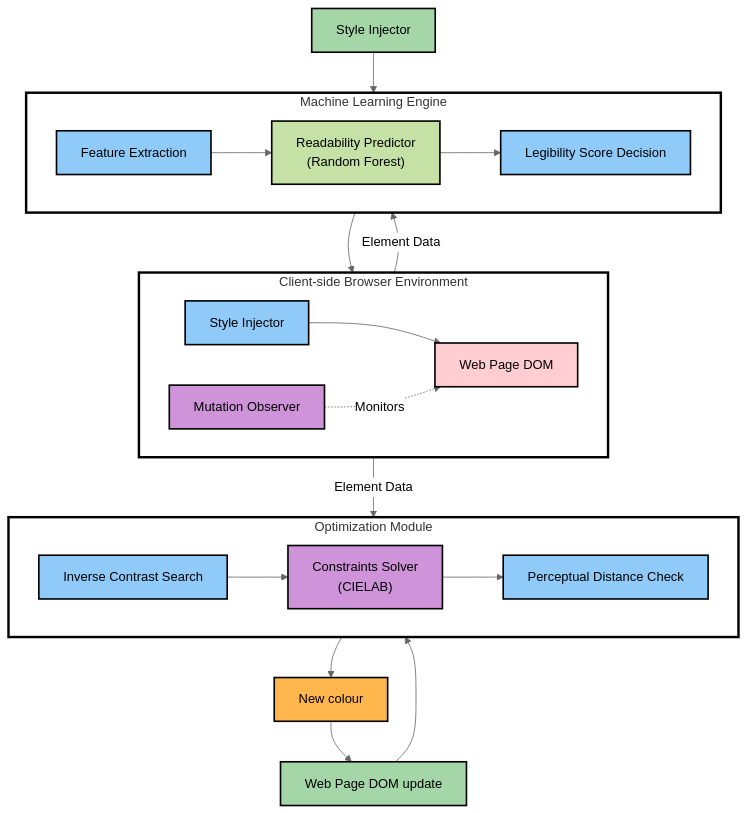
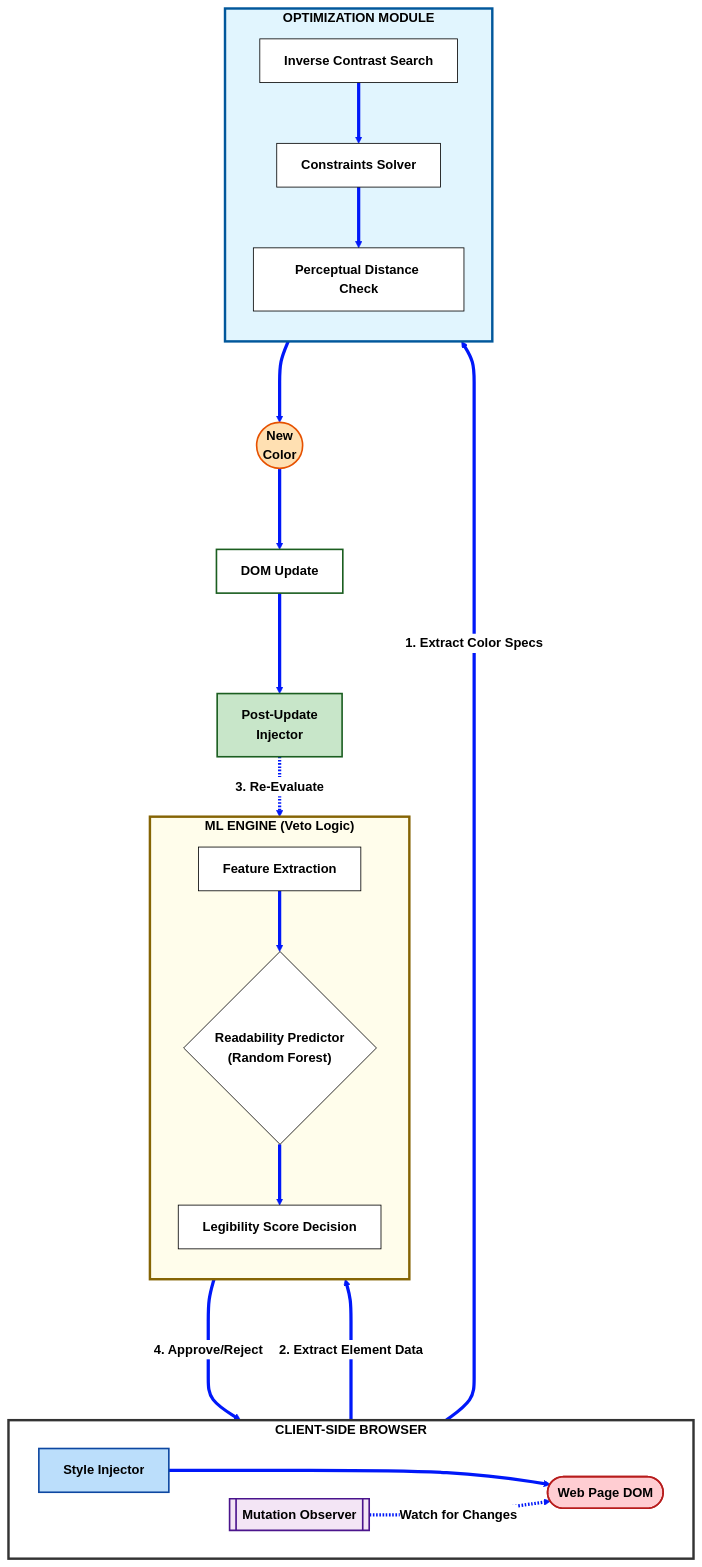
The first of 2 diagrams in System Architecture Diagram.md (Danishmk1286/AI-Powered-Color-Contrast-Corrector-Chrome-Extension), drawn with Mermaid (neutral theme) before and after one commit. The commit also changed other lines of this file, not shown here.

Commit message:
Revise System Architecture Diagram and Overview
Updated the system architecture document to reflect the actual implementation details, including changes to the architecture diagram and section headings.

````diff
--- a/System Architecture Diagram.md
+++ b/System Architecture Diagram.md
@@ -11,73 +11,78 @@
 ```mermaid
 flowchart TB
-    subgraph Client["Client-side Browser Environment"]
+    %% Global Settings
+    direction TB
+
+    subgraph Client["<b>CLIENT-SIDE BROWSER</b>"]
         direction LR
-        DOM["Web Page DOM"]
-        MO["Mutation Observer"]
-        SI1["Style Injector"]
+        DOM(["<b>Web Page DOM</b>"])
+        MO[["<b>Mutation Observer</b>"]]
+        SI1["<b>Style Injector</b>"]
     end
     
-    subgraph ML["Machine Learning Engine"]
-        direction LR
-        FE["Feature Extraction"]
-        RF["Readability Predictor<br/>(Random Forest)"]
-        LD["Legibility Score Decision"]
+    subgraph ML["<b>ML ENGINE (Veto Logic)</b>"]
+        direction TB
+        FE["<b>Feature Extraction</b>"]
+        RF{"<b>Readability Predictor<br/>(Random Forest)</b>"}
+        LD["<b>Legibility Score Decision</b>"]
+        
+        FE --> RF --> LD
     end
     
-    subgraph OPT["Optimization Module"]
-        direction LR
-        ICS["Inverse Contrast Search"]
-        CS["Constraints Solver<br/>(CIELAB)"]
-        PDC["Perceptual Distance Check"]
+    subgraph OPT["<b>OPTIMIZATION MODULE</b>"]
+        direction TB
+        ICS["<b>Inverse Contrast Search</b>"]
+        CS["<b>Constraints Solver</b>"]
+        PDC["<b>Perceptual Distance Check</b>"]
+        
+        ICS --> CS --> PDC
     end
+
+    %% External Nodes
+    NC(("<b>New<br/>Color</b>"))
+    WPDU["<b>DOM Update</b>"]
+    SI2["<b>Post-Update<br/>Injector</b>"]
+
+    %% --- CONNECTORS WITH READABLE LABELS ---
     
-    NC["New colour"]
-    WPDU["Web Page DOM update"]
-    SI2["Style Injector"]
+    %% We use HTML-like formatting for labels to ensure they are black on a light background for readability
+    DOM ====>|<b>1. <font color='black'>Extract Color Specs</font></b>| ICS
+    DOM ====>|<b>2. <font color='black'>Extract Element Data</font></b>| FE
     
-    %% Primary flow: DOM to Optimization
-    DOM -->|Element Data| ICS
+    PDC ===> NC
+    NC ===> WPDU
+    WPDU ===> SI2
     
-    %% Optimization Module internal flow
-    ICS --> CS
-    CS --> PDC
-    PDC --> NC
+    SI2 -.->|<b>3. <font color='black'>Re-Evaluate</font></b>| LD
+    LD ====>|<b>4. <font color='black'>Approve/Reject</font></b>| SI1
     
-    %% Optimization output flow
-    NC --> WPDU
-    WPDU --> PDC
+    SI1 ===> DOM
+    MO -.->|<b><font color='black'>Watch for Changes</font></b>| DOM
+
+    %% --- STYLING ---
     
-    %% ML Engine flow
-    DOM -->|Element Data| FE
-    FE --> RF
-    RF --> LD
+    %% Retaining requested arrow color #0018F9
+    linkStyle default stroke:#0018F9,stroke-width:4px,color:black
+
+    %% Subgraph Styles
+    style Client fill:#ffffff,stroke:#333,stroke-width:3px,color:#000
+    style ML fill:#fffdeb,stroke:#856404,stroke-width:3px,color:#000
+    style OPT fill:#e1f5fe,stroke:#01579b,stroke-width:3px,color:#000
     
-    %% Style Injector to ML
-    SI2 --> LD
+    %% Node Styles
+    style DOM fill:#ffcdd2,stroke:#b71c1c,stroke-width:2px,color:#000
+    style MO fill:#f3e5f5,stroke:#4a148c,stroke-width:2px,color:#000
+    style SI1 fill:#bbdefb,stroke:#0d47a1,stroke-width:2px,color:#000
+    style SI2 fill:#c8e6c9,stroke:#1b5e20,stroke-width:2px,color:#000
     
-    %% ML Decision to Style Injector
-    LD --> SI1
+    %% Component Styles
+    style FE fill:#ffffff,stroke:#000,stroke-width:1px,color:#000
+    style RF fill:#ffffff,stroke:#000,stroke-width:1px,color:#000
+    style LD fill:#ffffff,stroke:#000,stroke-width:1px,color:#000
+    style ICS fill:#ffffff,stroke:#000,stroke-width:1px,color:#000
+    style CS fill:#ffffff,stroke:#000,stroke-width:1px,color:#000
+    style PDC fill:#ffffff,stroke:#000,stroke-width:1px,color:#000
     
-    %% Style Injector to DOM
-    SI1 --> DOM
-    
-    %% Mutation Observer
-    MO -.->|Monitors| DOM
-    
-    %% Styling to match original diagram
-    style Client fill:#ffffff,stroke:#000000,stroke-width:3px
-    style ML fill:#ffffff,stroke:#000000,stroke-width:3px
-    style OPT fill:#ffffff,stroke:#000000,stroke-width:3px
-    style DOM fill:#ffcdd2,stroke:#000000,stroke-width:2px
-    style MO fill:#ce93d8,stroke:#000000,stroke-width:2px
-    style SI1 fill:#90caf9,stroke:#000000,stroke-width:2px
-    style SI2 fill:#a5d6a7,stroke:#000000,stroke-width:2px
-    style FE fill:#90caf9,stroke:#000000,stroke-width:2px
-    style RF fill:#c5e1a5,stroke:#000000,stroke-width:2px
-    style LD fill:#90caf9,stroke:#000000,stroke-width:2px
-    style ICS fill:#90caf9,stroke:#000000,stroke-width:2px
-    style CS fill:#ce93d8,stroke:#000000,stroke-width:2px
-    style PDC fill:#90caf9,stroke:#000000,stroke-width:2px
-    style NC fill:#ffb74d,stroke:#000000,stroke-width:2px
-    style WPDU fill:#a5d6a7,stroke:#000000,stroke-width:2px
+    style NC fill:#ffe0b2,stroke:#e65100,stroke-width:2px,color:#000
+    style WPDU fill:#ffffff,stroke:#1b5e20,stroke-width:2px,color:#000
 ```
````
